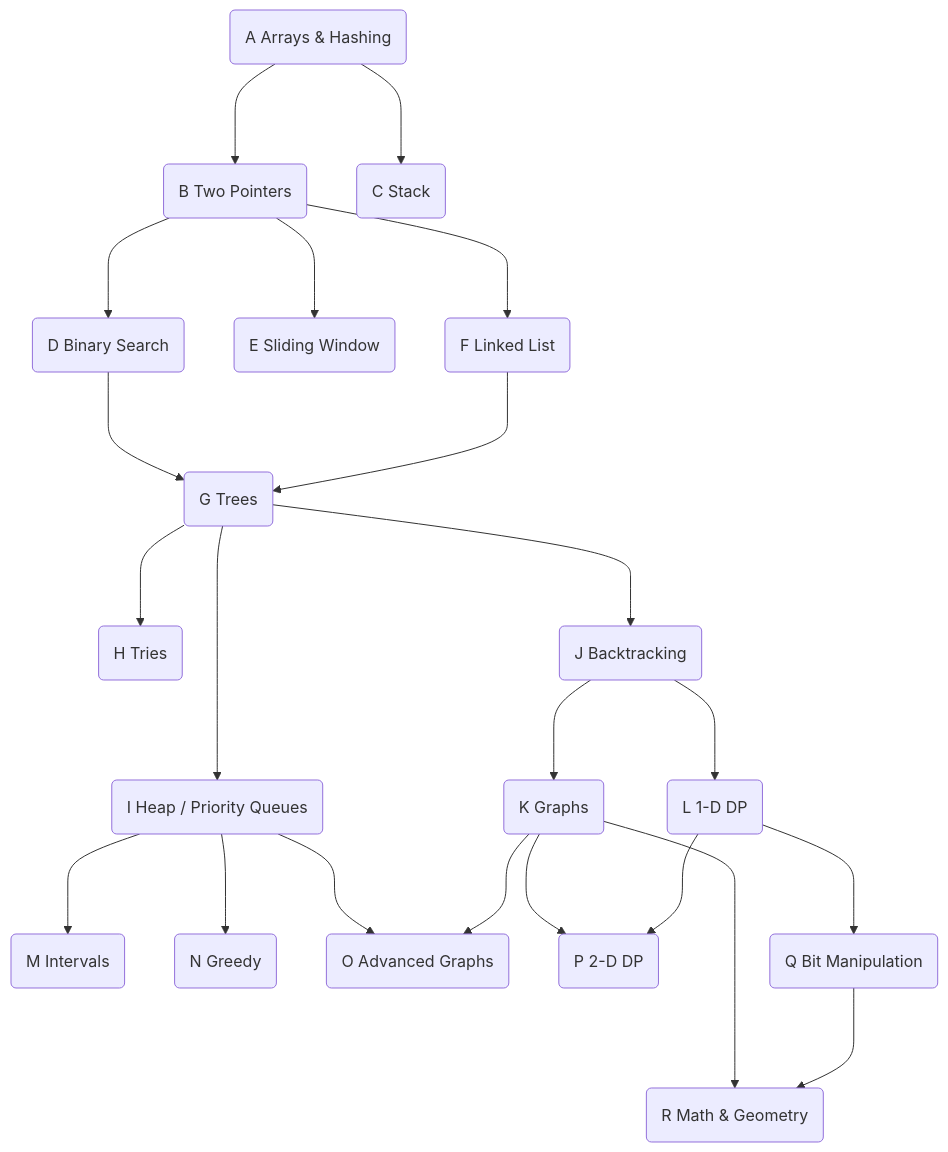
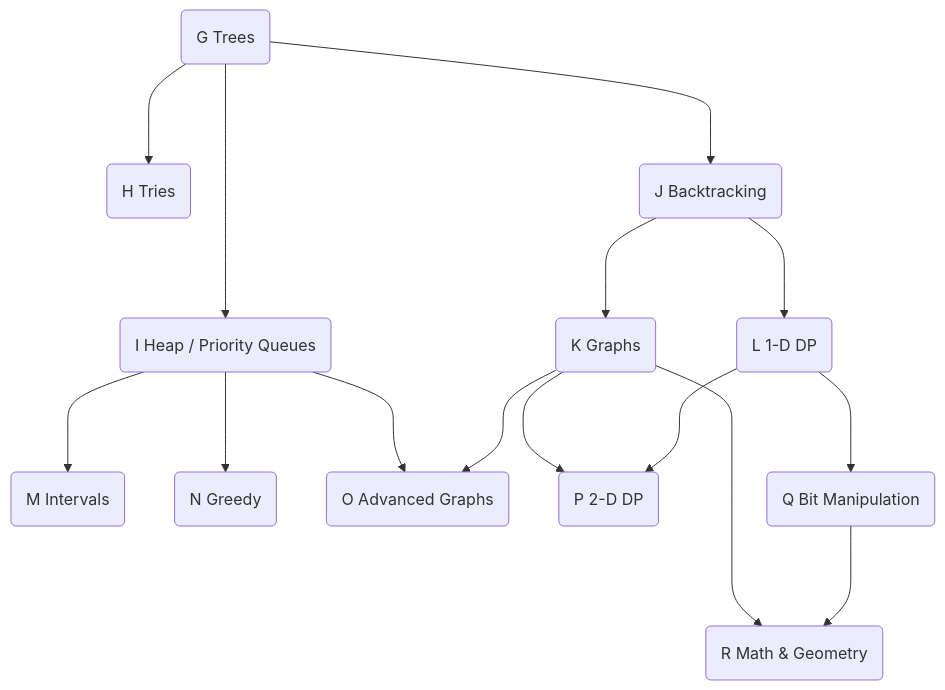
The second of 2 diagrams in patterns.md (brpandey/leetcode-notes), drawn with Mermaid before and after one commit.

Commit message:
Update patterns.md
split roadmap graph into two

````diff
--- a/patterns.md
+++ b/patterns.md
@@ -2,22 +126,16 @@
 ```mermaid
 
 flowchart TD
-  id1(A Arrays & Hashing) ---> id2 & id3
-  id2(B Two Pointers) ---> id4 & id5 & id6
-  id3(C Stack)
-  id4(D Binary Search) ---> id7
-  id5(E Sliding Window)
-  id6(F Linked List) ---> id7
   id7(G Trees) ---> id8 & id9 & id10
   id8(H Tries)
   id9(I Heap / Priority Queues) ---> id13 & id14 & id15
   id10(J Backtracking) ---> id11 & id12
   id11(K Graphs) ---> id15 & id16 & id18
   id12(L 1-D DP) ---> id16 & id17
   id13(M Intervals)
   id14(N Greedy)
   id15(O Advanced Graphs)
   id16(P 2-D DP)
   id17(Q Bit Manipulation) ---> id18
   id18(R Math & Geometry)
 ```
````
